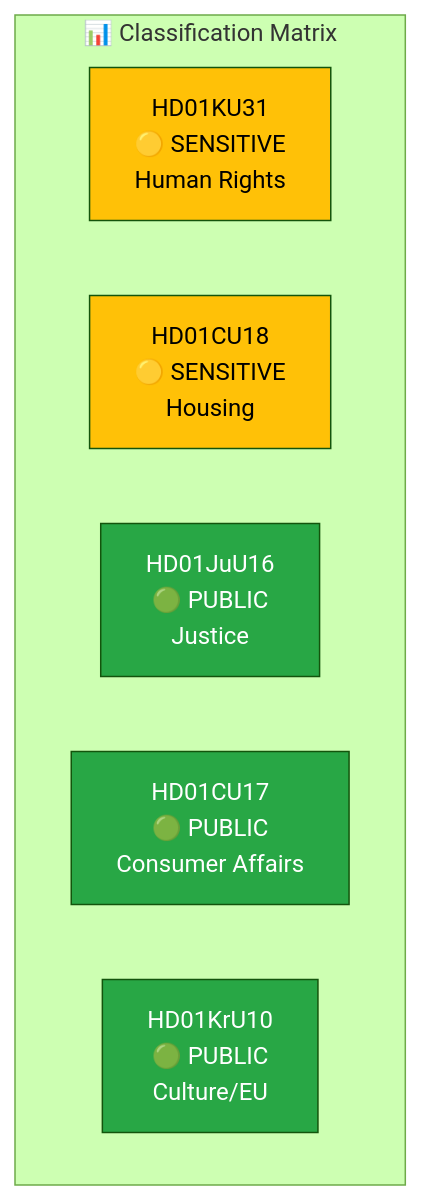
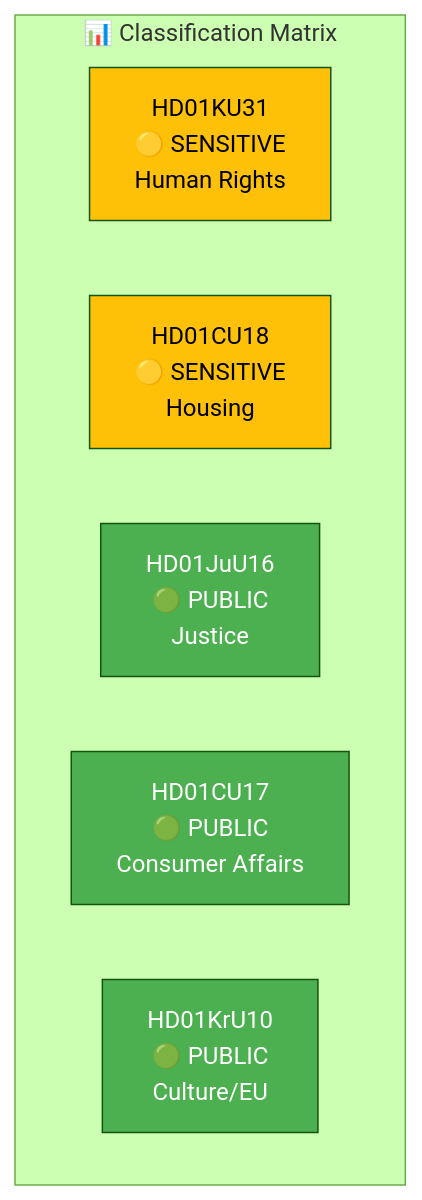
Before and after one commit to Hack23/riksdagsmonitor: the diagram in analysis/daily/2026-03-27/committeeReports/classification-results.md, drawn with Mermaid (forest theme). The commit also changed 785 other files, not shown here.

First line of the commit message:
Normalize mermaid colors across 786 analysis artifacts to ISMS Style Guide palette

````diff
--- a/analysis/daily/2026-03-27/committeeReports/classification-results.md
+++ b/analysis/daily/2026-03-27/committeeReports/classification-results.md
@@ -10,16 +10,16 @@
 ```mermaid
 graph TD
     subgraph "📊 Classification Matrix"
         D1["HD01KU31<br/>🟡 SENSITIVE<br/>Human Rights"]
         D2["HD01CU18<br/>🟡 SENSITIVE<br/>Housing"]
         D3["HD01JuU16<br/>🟢 PUBLIC<br/>Justice"]
         D4["HD01CU17<br/>🟢 PUBLIC<br/>Consumer Affairs"]
         D5["HD01KrU10<br/>🟢 PUBLIC<br/>Culture/EU"]
     end
 
-    style D1 fill:#ffc107,color:#000
-    style D2 fill:#ffc107,color:#000
-    style D3 fill:#28a745,color:#fff
-    style D4 fill:#28a745,color:#fff
-    style D5 fill:#28a745,color:#fff
+    style D1 fill:#FFC107,color:#000000
+    style D2 fill:#FFC107,color:#000000
+    style D3 fill:#4CAF50,color:#FFFFFF
+    style D4 fill:#4CAF50,color:#FFFFFF
+    style D5 fill:#4CAF50,color:#FFFFFF
 ```
````
